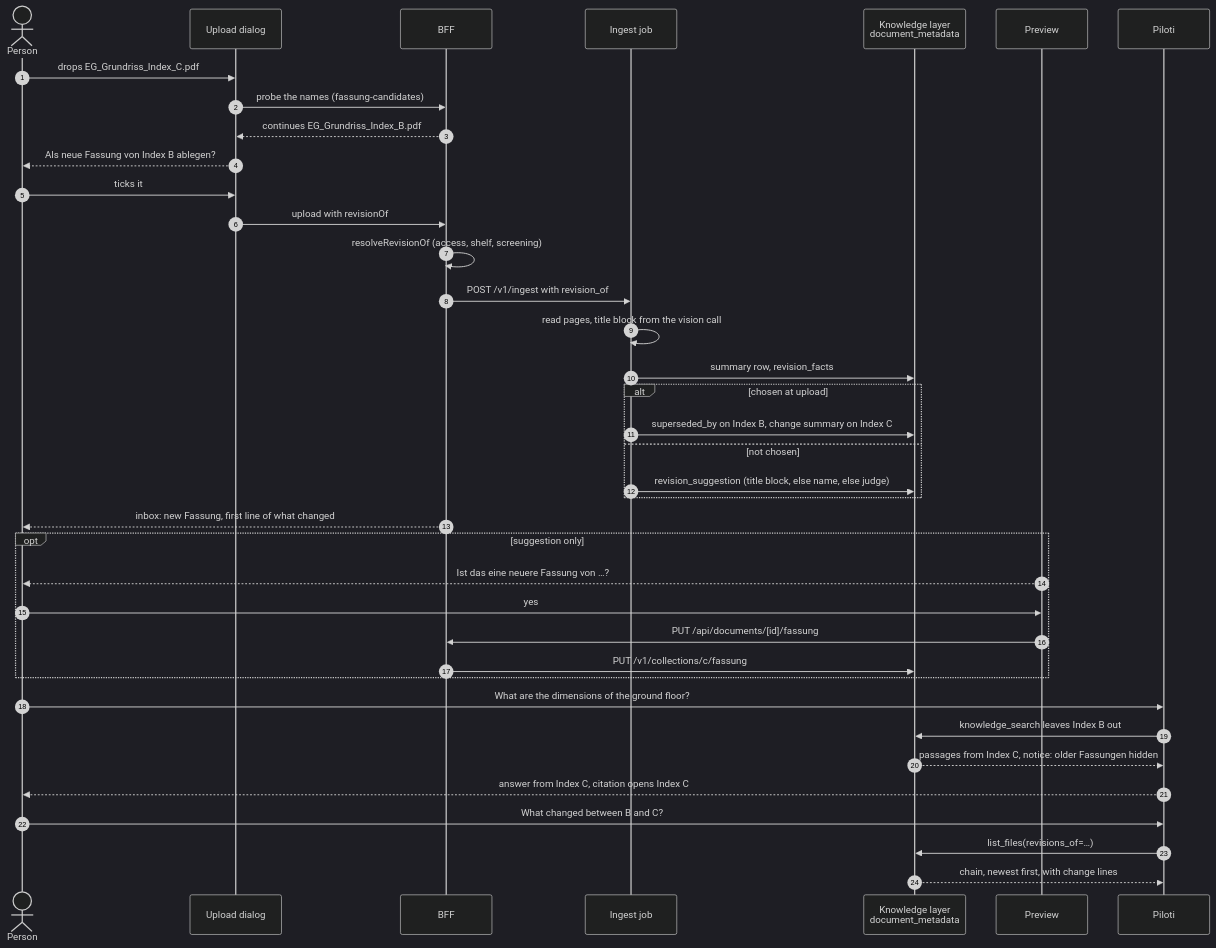
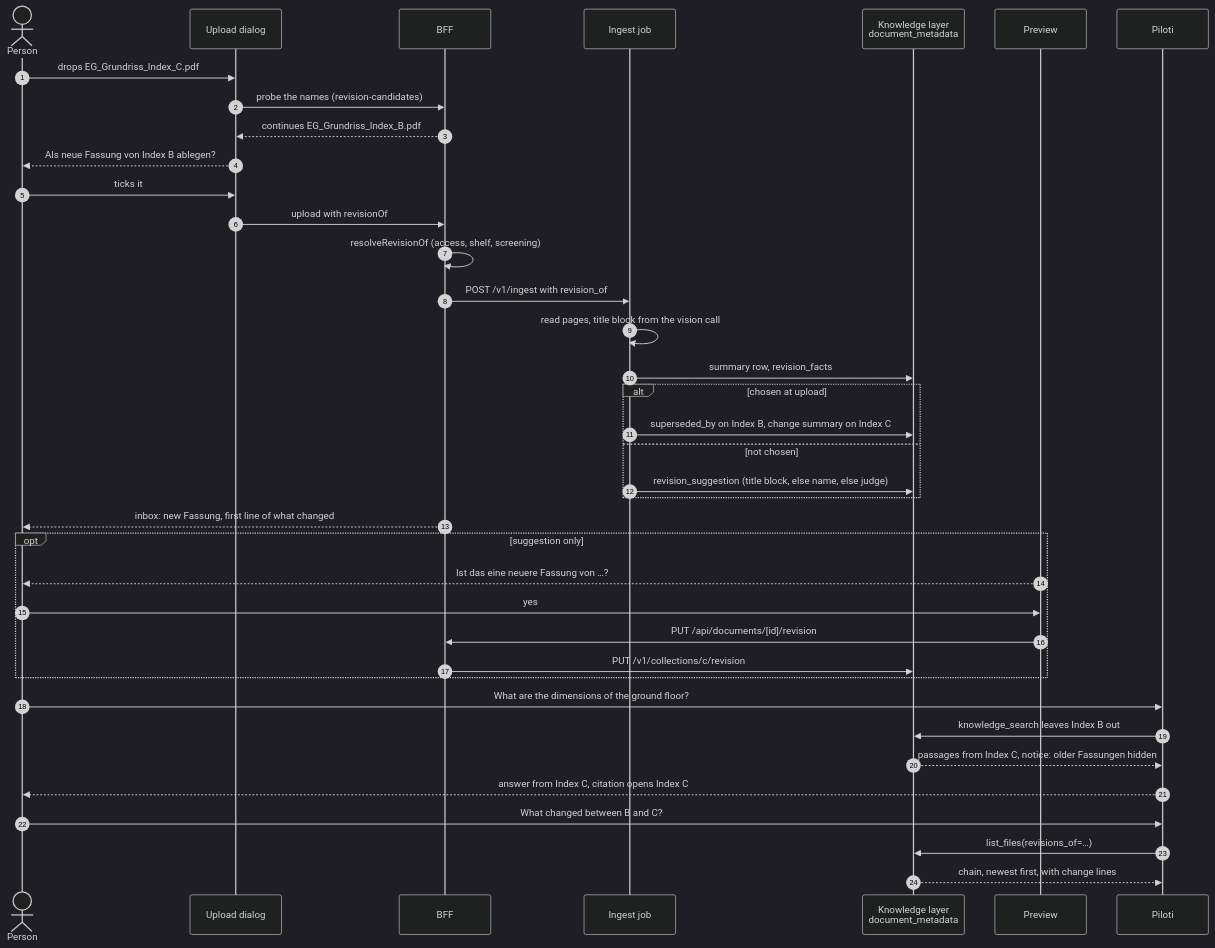
Before and after one commit to archos-at/archos: the diagram in docs/architecture/revisions.md, drawn with Mermaid (dark theme). The commit also changed other lines of this file and 714 other files, not shown here.

````diff
--- a/docs/architecture/revisions.md
+++ b/docs/architecture/revisions.md
@@ -438,41 +438,41 @@
 ```mermaid
 sequenceDiagram
     autonumber
     actor P as Person
     participant UI as Upload dialog
     participant BFF as BFF
     participant IN as Ingest job
     participant KL as Knowledge layer<br/>document_metadata
     participant PV as Preview
     participant AG as Piloti
 
     P->>UI: drops EG_Grundriss_Index_C.pdf
-    UI->>BFF: probe the names (fassung-candidates)
+    UI->>BFF: probe the names (revision-candidates)
     BFF-->>UI: continues EG_Grundriss_Index_B.pdf
     UI-->>P: Als neue Fassung von Index B ablegen?
     P->>UI: ticks it
     UI->>BFF: upload with revisionOf
     BFF->>BFF: resolveRevisionOf (access, shelf, screening)
     BFF->>IN: POST /v1/ingest with revision_of
     IN->>IN: read pages, title block from the vision call
     IN->>KL: summary row, revision_facts
     alt chosen at upload
         IN->>KL: superseded_by on Index B, change summary on Index C
     else not chosen
         IN->>KL: revision_suggestion (title block, else name, else judge)
     end
     BFF-->>P: inbox: new Fassung, first line of what changed
     opt suggestion only
         PV-->>P: Ist das eine neuere Fassung von …?
         P->>PV: yes
-        PV->>BFF: PUT /api/documents/[id]/fassung
-        BFF->>KL: PUT /v1/collections/c/fassung
+        PV->>BFF: PUT /api/documents/[id]/revision
+        BFF->>KL: PUT /v1/collections/c/revision
     end
     P->>AG: What are the dimensions of the ground floor?
     AG->>KL: knowledge_search leaves Index B out
     KL-->>AG: passages from Index C, notice: older Fassungen hidden
     AG-->>P: answer from Index C, citation opens Index C
     P->>AG: What changed between B and C?
     AG->>KL: list_files(revisions_of=…)
     KL-->>AG: chain, newest first, with change lines
 ```
````
